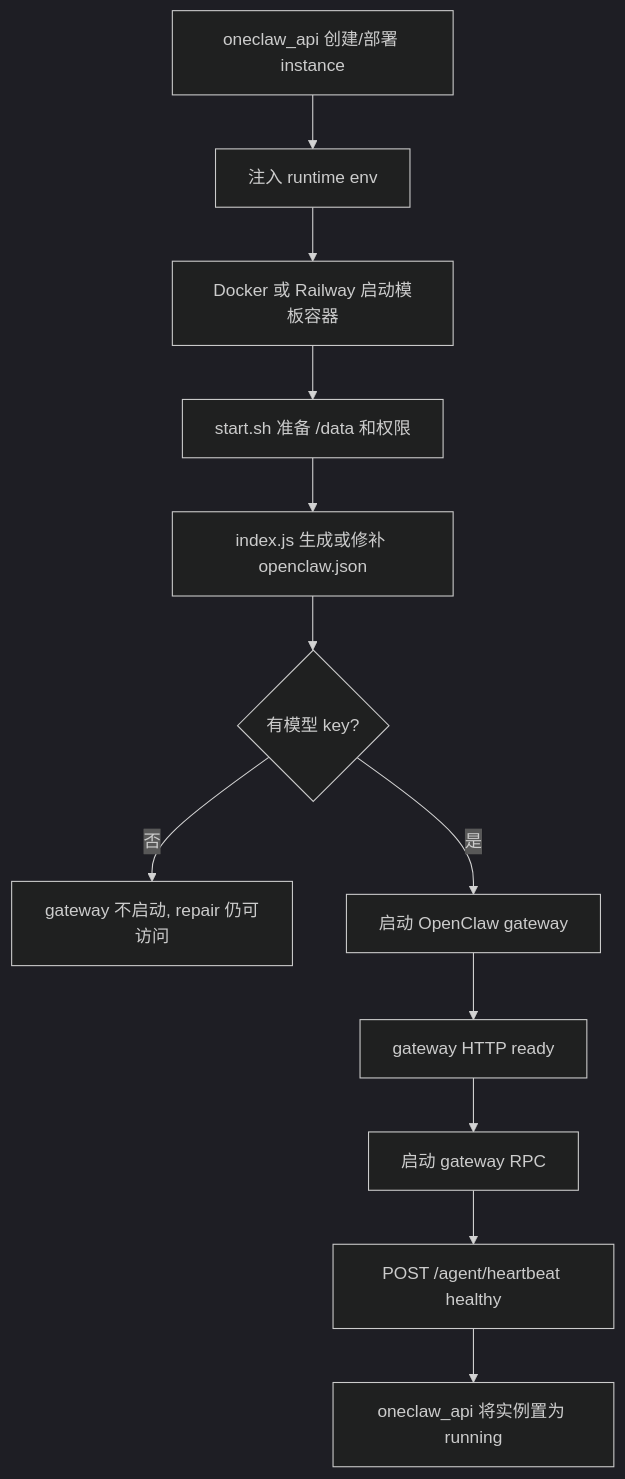
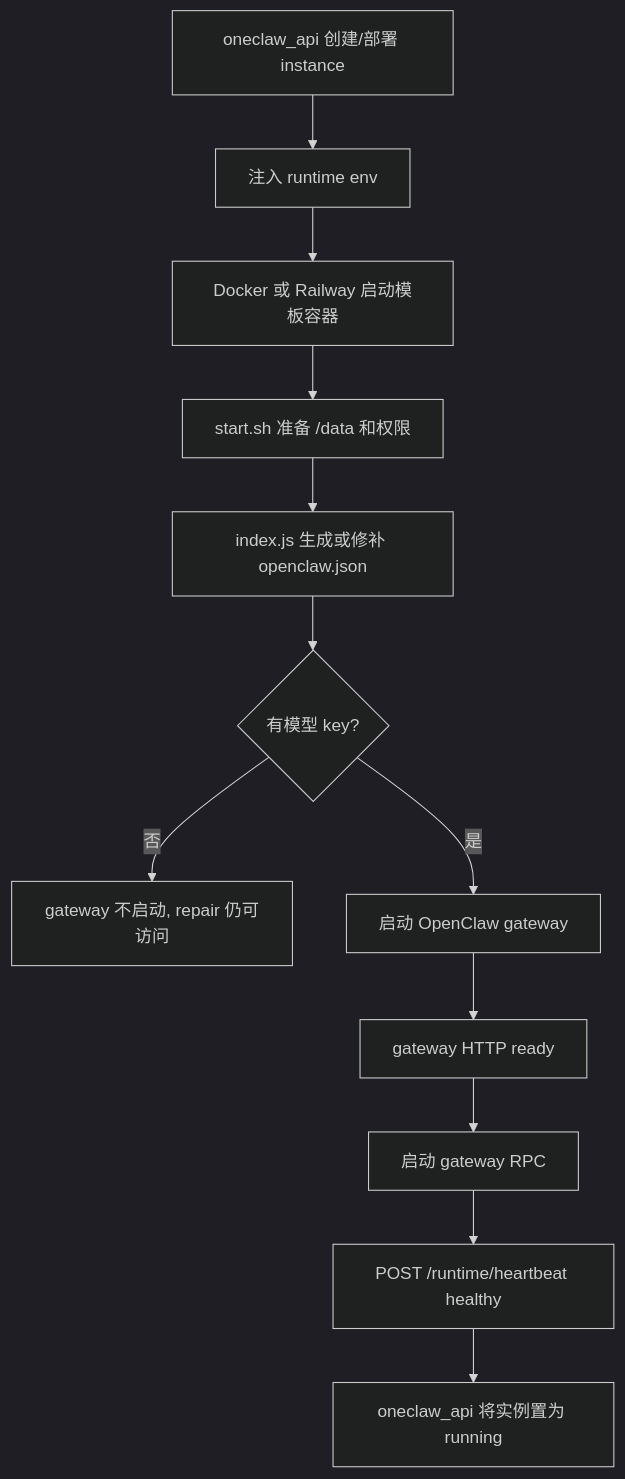
The third of 8 diagrams in docs/business-logic.md (runtopia/openclaw-template), drawn with Mermaid (dark theme) before and after one commit. The commit also changed other lines of this file and 4 other files, not shown here.

````diff
--- a/docs/business-logic.md
+++ b/docs/business-logic.md
@@ -459,14 +459,14 @@
 ```mermaid
 flowchart TD
     A["oneclaw_api 创建/部署 instance"] --> B["注入 runtime env"]
     B --> C["Docker 或 Railway 启动模板容器"]
     C --> D["start.sh 准备 /data 和权限"]
     D --> E["index.js 生成或修补 openclaw.json"]
     E --> F{"有模型 key?"}
     F -- "否" --> G["gateway 不启动, repair 仍可访问"]
     F -- "是" --> H["启动 OpenClaw gateway"]
     H --> I["gateway HTTP ready"]
     I --> J["启动 gateway RPC"]
-    J --> K["POST /agent/heartbeat healthy"]
+    J --> K["POST /runtime/heartbeat healthy"]
     K --> L["oneclaw_api 将实例置为 running"]
 ```
````
